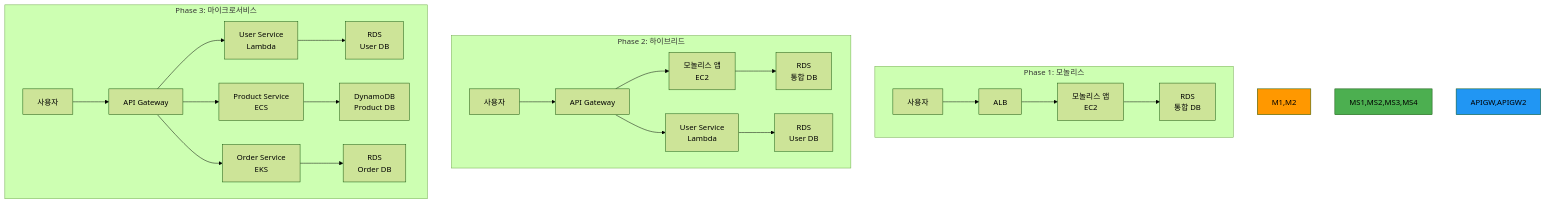
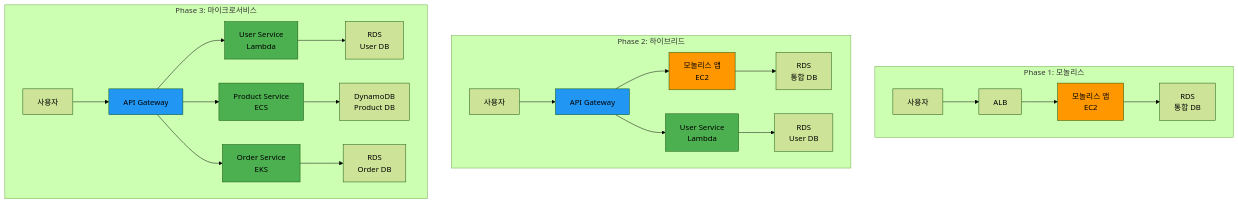
Before and after one commit to niceguy61/kdt_devops_lecture_2025: the diagram in theory/week_04/day1/lab_1.md, drawn with Mermaid (forest theme).

Commit message:
mermaid style update

````diff
--- a/theory/week_04/day1/lab_1.md
+++ b/theory/week_04/day1/lab_1.md
@@ -36,30 +36,35 @@
 ```mermaid
 graph TB
     subgraph "Phase 1: 모놀리스"
         U1[사용자] --> ALB1[ALB]
         ALB1 --> M1[모놀리스 앱<br/>EC2]
         M1 --> RDS1[RDS<br/>통합 DB]
     end
     
     subgraph "Phase 2: 하이브리드"
         U2[사용자] --> APIGW[API Gateway]
         APIGW --> M2[모놀리스 앱<br/>EC2]
         APIGW --> MS1[User Service<br/>Lambda]
         M2 --> RDS2[RDS<br/>통합 DB]
         MS1 --> RDS3[RDS<br/>User DB]
     end
     
     subgraph "Phase 3: 마이크로서비스"
         U3[사용자] --> APIGW2[API Gateway]
         APIGW2 --> MS2[User Service<br/>Lambda]
         APIGW2 --> MS3[Product Service<br/>ECS]
         APIGW2 --> MS4[Order Service<br/>EKS]
         MS2 --> RDS4[RDS<br/>User DB]
         MS3 --> DYNAMO[DynamoDB<br/>Product DB]
         MS4 --> RDS5[RDS<br/>Order DB]
     end
     
-    style M1,M2 fill:#ff9800
-    style MS1,MS2,MS3,MS4 fill:#4caf50
-    style APIGW,APIGW2 fill:#2196f3
+    style M1 fill:#ff9800
+    style M2 fill:#ff9800
+    style MS1 fill:#4caf50
+    style MS2 fill:#4caf50
+    style MS3 fill:#4caf50
+    style MS4 fill:#4caf50
+    style APIGW fill:#2196f3
+    style APIGW2 fill:#2196f3
 ```
````
